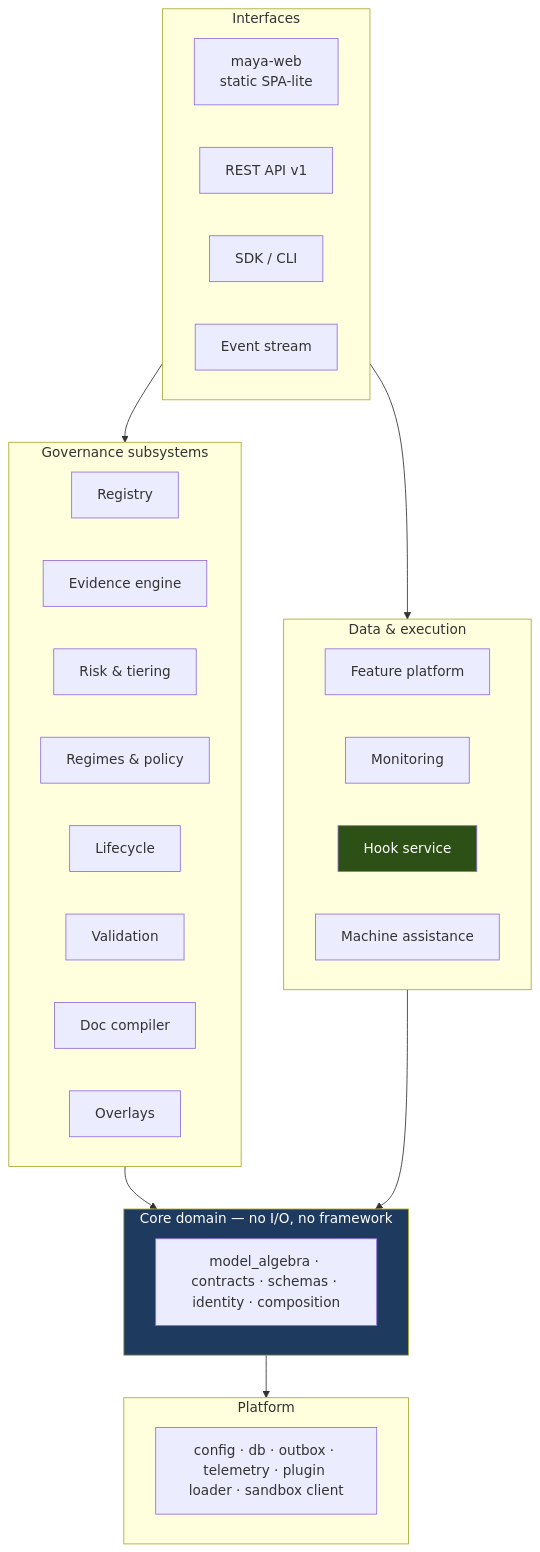
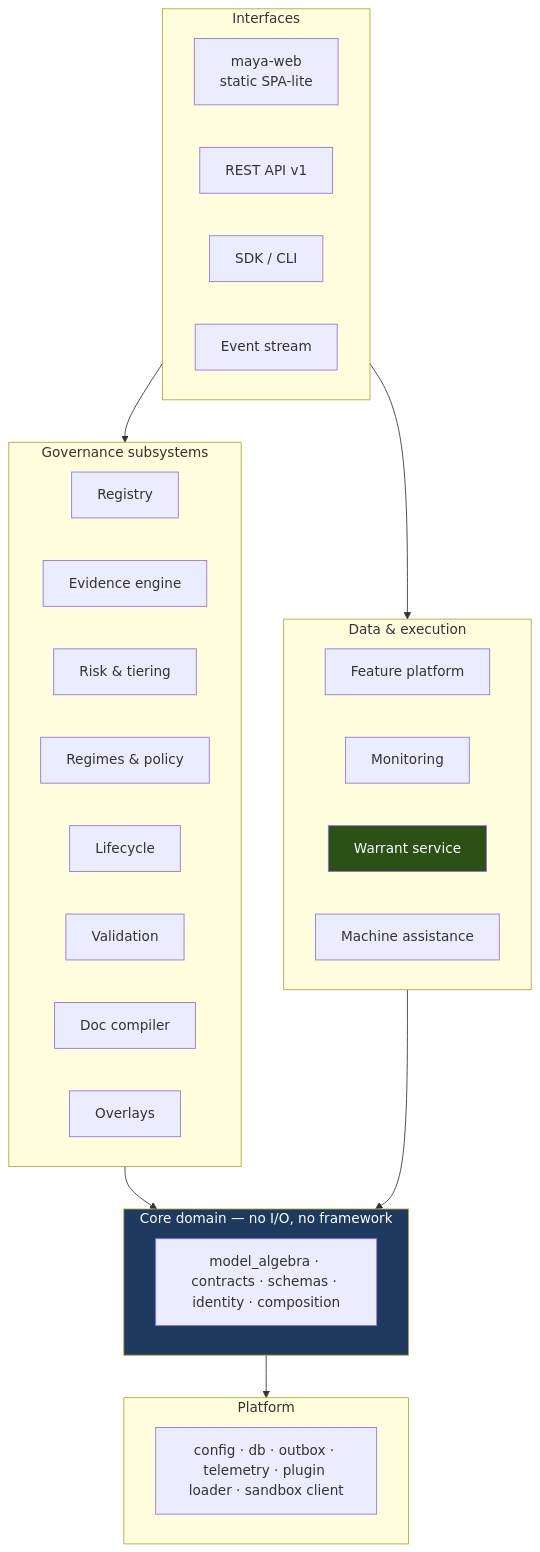
Before and after one commit to ajsinha/maya: the first of 5 diagrams in docs/14-detailed-design.md, drawn with Mermaid. The commit also changed other lines of this file and 50 other files, not shown here.

````diff
--- a/docs/14-detailed-design.md
+++ b/docs/14-detailed-design.md
@@ -60,28 +60,28 @@
 ```mermaid
 flowchart TB
     subgraph P4["Interfaces"]
         WEB["maya-web<br/>static SPA-lite"]
         API["REST API v1"]
         SDK["SDK / CLI"]
         EVT["Event stream"]
     end
     subgraph P2["Governance subsystems"]
         REG["Registry"] ; EVD["Evidence engine"] ; RISK["Risk &amp; tiering"]
         RGM["Regimes &amp; policy"] ; LC["Lifecycle"] ; VAL["Validation"]
         DOC["Doc compiler"] ; OVL["Overlays"]
     end
     subgraph P3["Data &amp; execution"]
-        FEA["Feature platform"] ; MON["Monitoring"] ; HOOK["Hook service"] ; AI["Machine assistance"]
+        FEA["Feature platform"] ; MON["Monitoring"] ; WARRANT["Warrant service"] ; AI["Machine assistance"]
     end
     subgraph P1["Core domain — no I/O, no framework"]
         DOM["model_algebra · contracts · schemas · identity · composition"]
     end
     subgraph P5["Platform"]
         PLT["config · db · outbox · telemetry · plugin loader · sandbox client"]
     end
     P4 --> P2 & P3
     P2 & P3 --> P1
     P1 --> P5
     style P1 fill:#1f3a5f,color:#fff
-    style HOOK fill:#2d5016,color:#fff
+    style WARRANT fill:#2d5016,color:#fff
 ```
````
